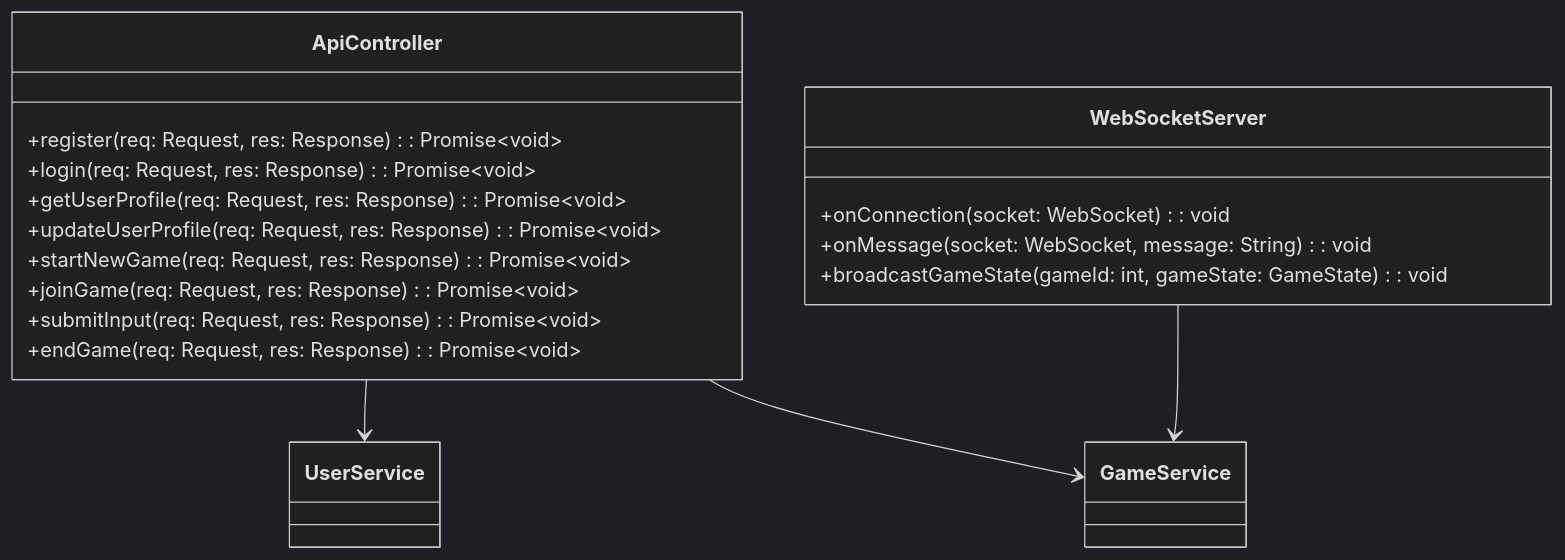
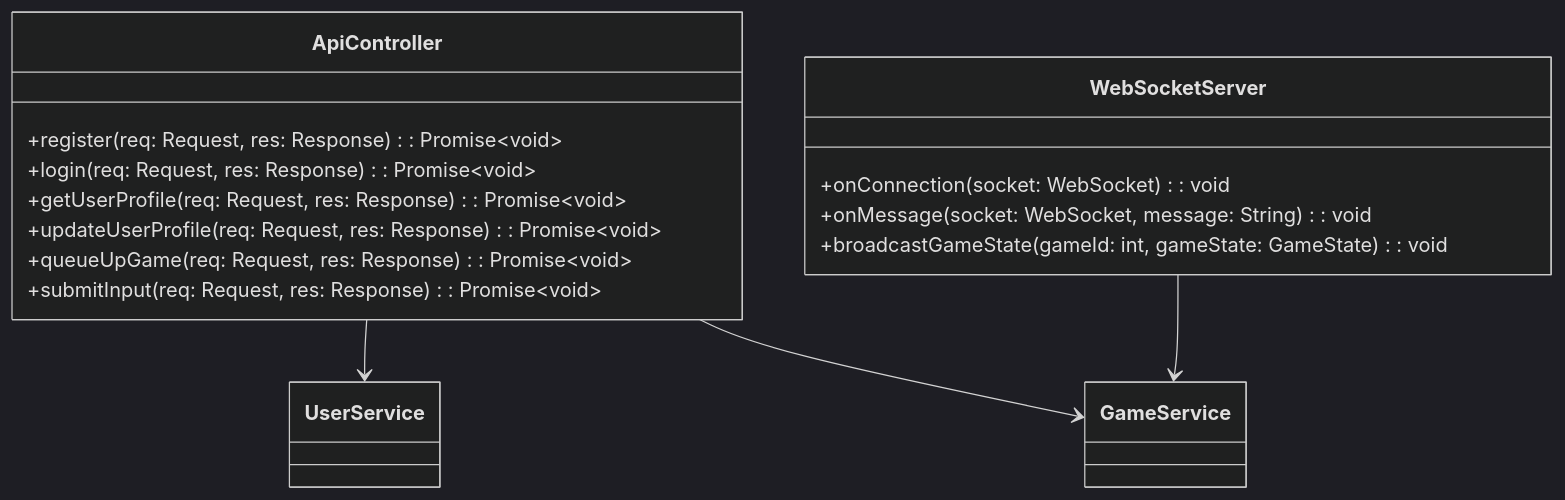
One commit to GitDevla/infinite-simon changed the sixth of 6 diagrams in docs/system-design.md. Above: the diagram before and after it, drawn with Mermaid (dark theme). The commit also changed other lines of this file and 1 other file, not shown here.

````diff
--- a/docs/system-design.md
+++ b/docs/system-design.md
@@ -248,21 +264,19 @@
 ```mermaid
 classDiagram
     class ApiController {
         +register(req: Request, res: Response): Promise~void~
         +login(req: Request, res: Response): Promise~void~
         +getUserProfile(req: Request, res: Response): Promise~void~
         +updateUserProfile(req: Request, res: Response): Promise~void~
-        +startNewGame(req: Request, res: Response): Promise~void~
-        +joinGame(req: Request, res: Response): Promise~void~
+        +queueUpGame(req: Request, res: Response): Promise~void~
         +submitInput(req: Request, res: Response): Promise~void~
-        +endGame(req: Request, res: Response): Promise~void~
     }
     class WebSocketServer {
         +onConnection(socket: WebSocket): void
         +onMessage(socket: WebSocket, message: String): void
         +broadcastGameState(gameId: int, gameState: GameState): void
     }
     ApiController --> UserService
     ApiController --> GameService
     WebSocketServer --> GameService
 ```
````
